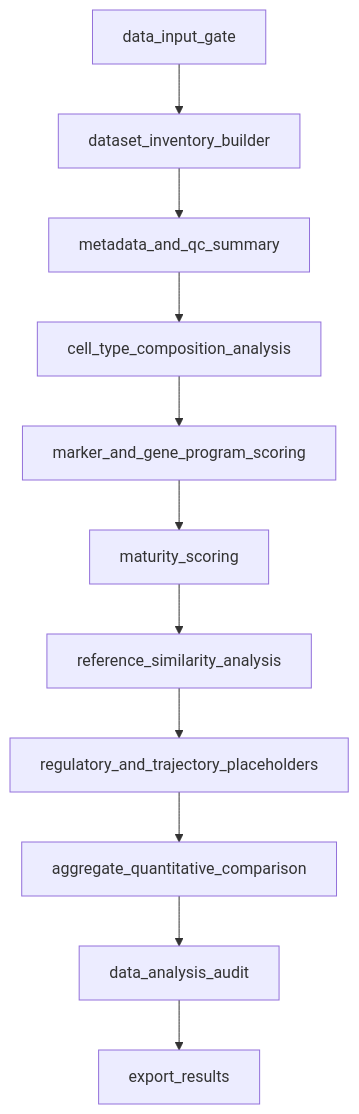
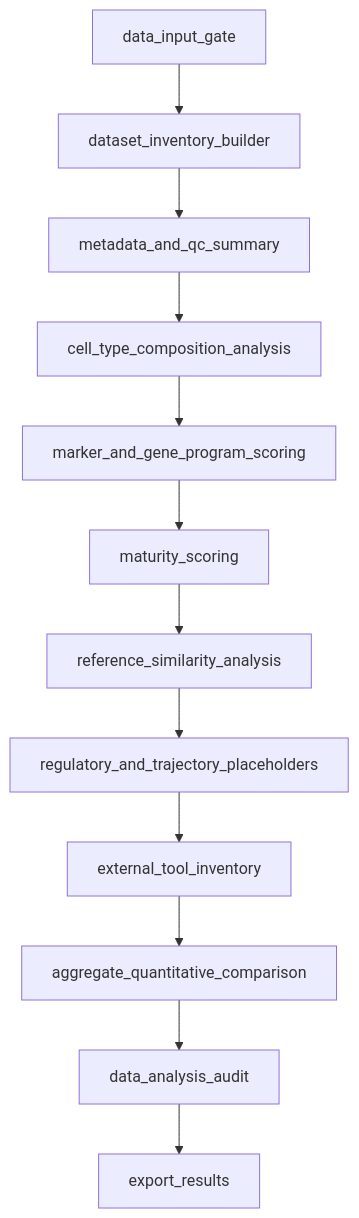
The third of 4 diagrams in docs/current_project_architecture.md (RAIN-chase/PancAgent), drawn with Mermaid before and after one commit. The commit also changed other lines of this file and 45 other files, not shown here.

````diff
--- a/docs/current_project_architecture.md
+++ b/docs/current_project_architecture.md
@@ -426,13 +436,14 @@
 ```mermaid
 flowchart TD
   A[data_input_gate] --> B[dataset_inventory_builder]
   B --> C[metadata_and_qc_summary]
   C --> D[cell_type_composition_analysis]
   D --> E[marker_and_gene_program_scoring]
   E --> F[maturity_scoring]
   F --> G[reference_similarity_analysis]
   G --> H[regulatory_and_trajectory_placeholders]
-  H --> I[aggregate_quantitative_comparison]
-  I --> J[data_analysis_audit]
-  J --> K[export_results]
+  H --> I[external_tool_inventory]
+  I --> J[aggregate_quantitative_comparison]
+  J --> K[data_analysis_audit]
+  K --> L[export_results]
 ```
````
